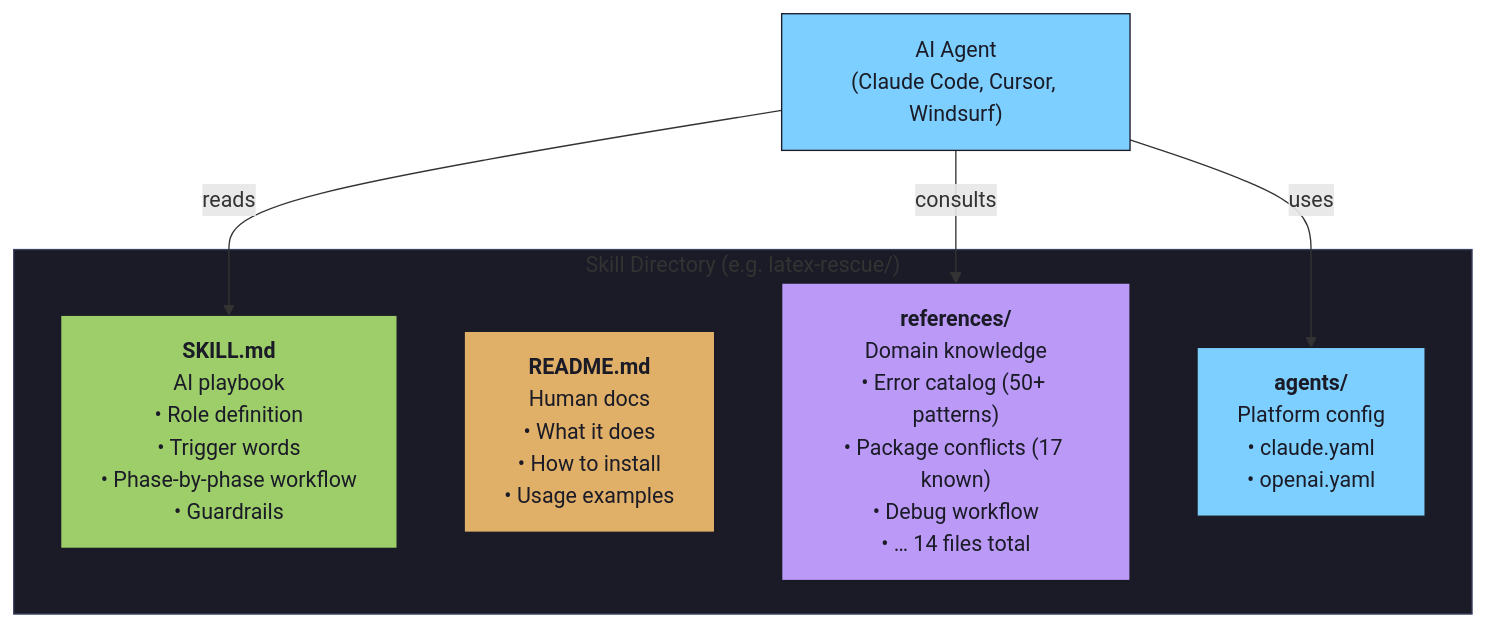
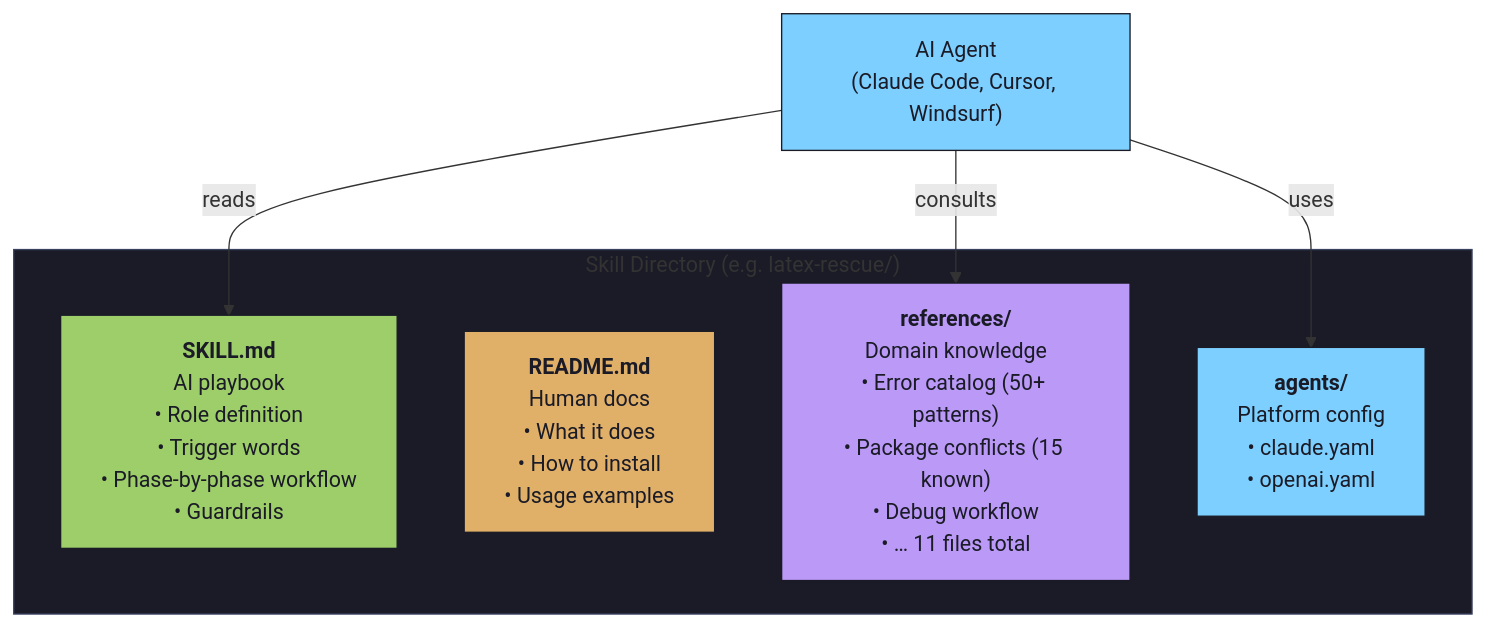
Before and after one commit to Calix-L/awesome-latex-skills: the second of 2 diagrams in README.md, drawn with Mermaid. The commit also changed other lines of this file and 11 other files, not shown here.

````diff
--- a/README.md
+++ b/README.md
@@ -155,20 +155,20 @@
 ```mermaid
 flowchart TB
     subgraph Skill["Skill Directory (e.g. latex-rescue/)"]
         SKILL["<b>SKILL.md</b><br/>AI playbook<br/>• Role definition<br/>• Trigger words<br/>• Phase-by-phase workflow<br/>• Guardrails"]
         README["<b>README.md</b><br/>Human docs<br/>• What it does<br/>• How to install<br/>• Usage examples"]
-        REFS["<b>references/</b><br/>Domain knowledge<br/>• Error catalog (50+ patterns)<br/>• Package conflicts (17 known)<br/>• Debug workflow<br/>• … 14 files total"]
+        REFS["<b>references/</b><br/>Domain knowledge<br/>• Error catalog (50+ patterns)<br/>• Package conflicts (15 known)<br/>• Debug workflow<br/>• … 11 files total"]
         AGENTS["<b>agents/</b><br/>Platform config<br/>• claude.yaml<br/>• openai.yaml"]
     end
 
     AI["AI Agent<br/>(Claude Code, Cursor, Windsurf)"] -->|reads| SKILL
     AI -->|consults| REFS
     AI -->|uses| AGENTS
 
     style AI fill:#7dcfff,stroke:#1a1b26,color:#1a1b26
     style Skill fill:#1a1b26,stroke:#3b4261
     style SKILL fill:#9ece6a,stroke:#1a1b26,color:#1a1b26
     style README fill:#e0af68,stroke:#1a1b26,color:#1a1b26
     style REFS fill:#bb9af7,stroke:#1a1b26,color:#1a1b26
     style AGENTS fill:#7dcfff,stroke:#1a1b26,color:#1a1b26
 ```
````
